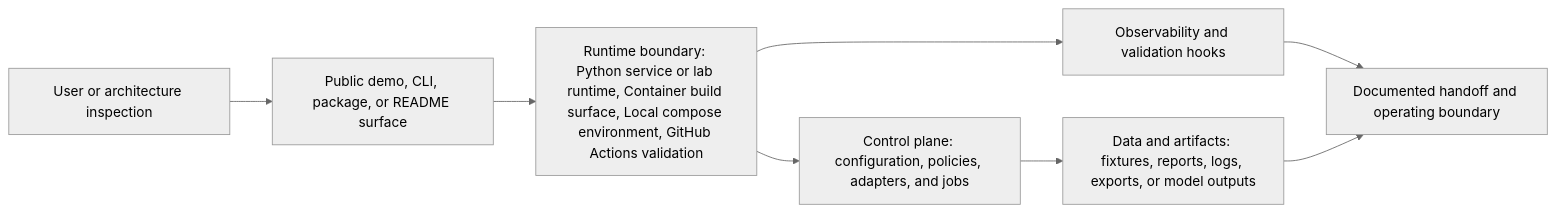
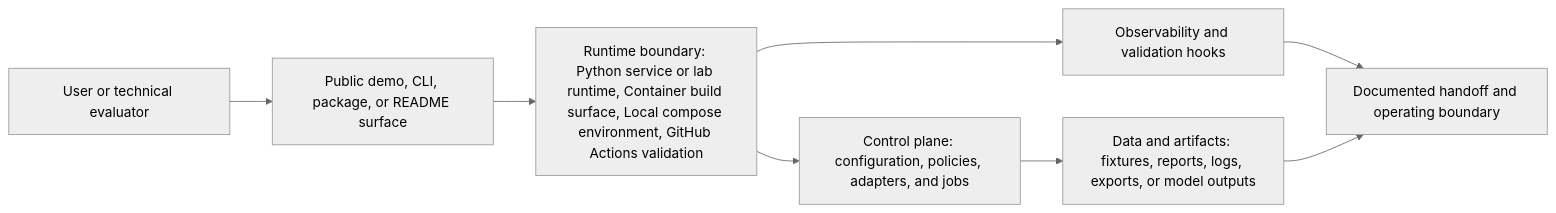
One commit to KIM3310/agent-orchestration-benchmark changed the diagram in docs/system-architecture.md. Above: the diagram before and after it, drawn with Mermaid (neutral theme). The commit also changed 16 other files, not shown here.

Commit message:
docs: refine benchmark architecture and operations

````diff
--- a/docs/system-architecture.md
+++ b/docs/system-architecture.md
@@ -18,10 +18,10 @@
 ```mermaid
 flowchart LR
-    User["User or architecture inspection"] --> Surface["Public demo, CLI, package, or README surface"]
+    User["User or technical evaluator"] --> Surface["Public demo, CLI, package, or README surface"]
     Surface --> Runtime["Runtime boundary: Python service or lab runtime, Container build surface, Local compose environment, GitHub Actions validation"]
     Runtime --> Control["Control plane: configuration, policies, adapters, and jobs"]
     Control --> Data["Data and artifacts: fixtures, reports, logs, exports, or model outputs"]
     Runtime --> Observability["Observability and validation hooks"]
     Observability --> Handoff["Documented handoff and operating boundary"]
     Data --> Handoff
 ```
````
